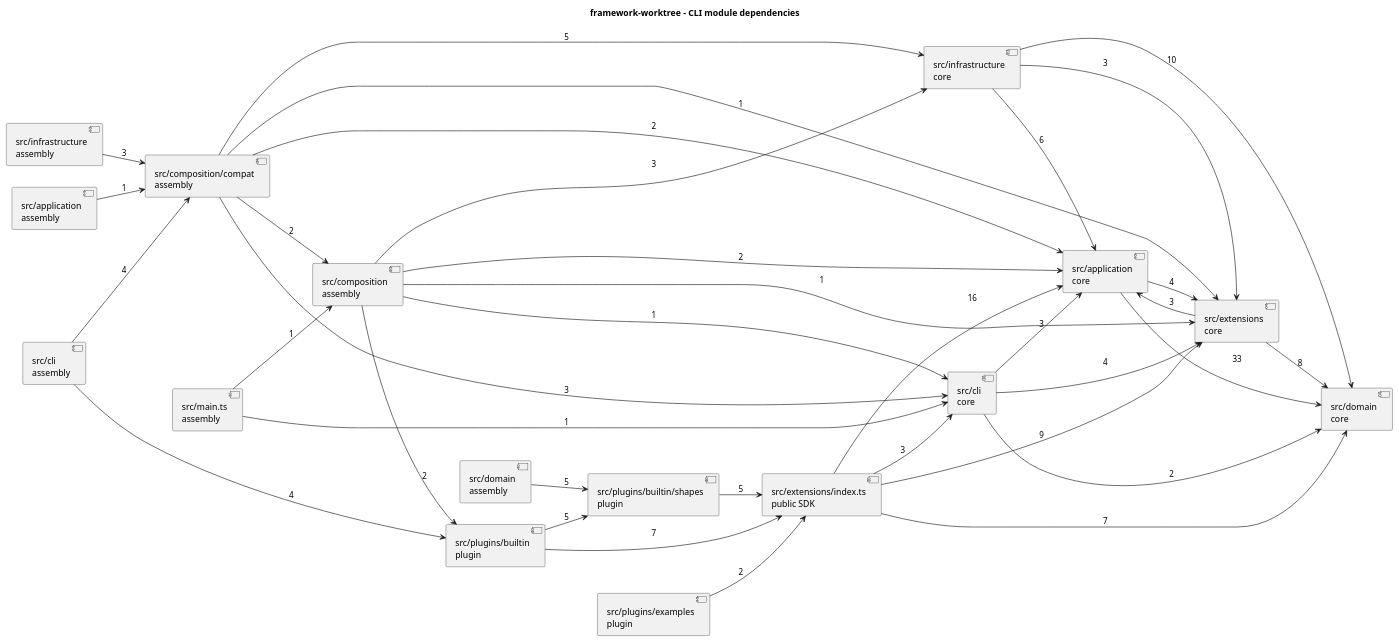
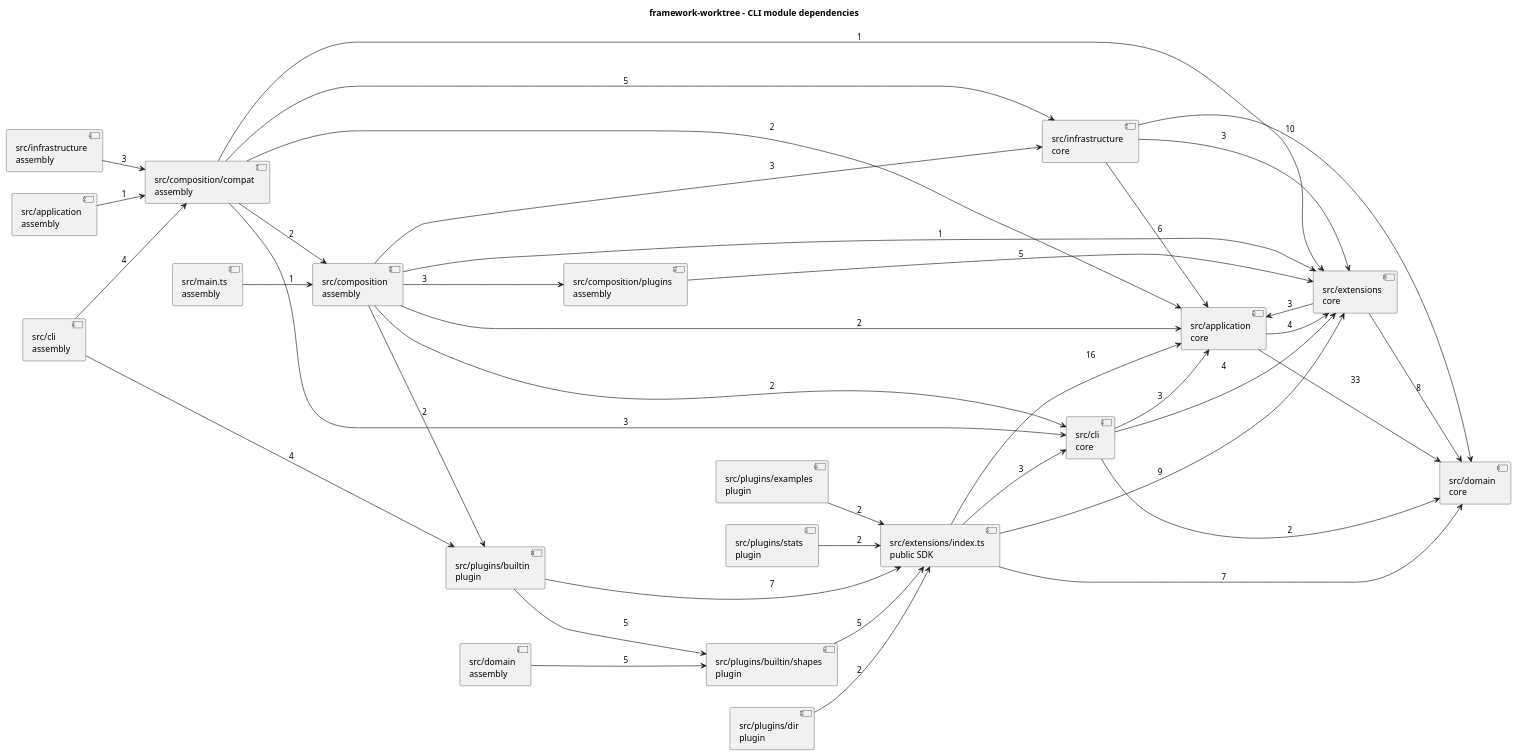
One commit to Fqmmm/SVG-APP changed the diagram in docs/metrics/framework/after.puml. Above: the diagram before and after it, drawn with PlantUML. The commit also changed 42 other files, not shown here.

Commit message:
feat: add stats and dir plugins with verified dual assembly

```diff
--- a/docs/metrics/framework/after.puml
+++ b/docs/metrics/framework/after.puml
@@ -1,55 +1,61 @@
 @startuml
 title framework-worktree - CLI module dependencies
 left to right direction
 component "src/application\ncore" as module0
 component "src/application\nassembly" as module1
 component "src/cli\ncore" as module2
 component "src/cli\nassembly" as module3
-component "src/composition/compat\nassembly" as module4
-component "src/composition\nassembly" as module5
-component "src/domain\ncore" as module6
-component "src/domain\nassembly" as module7
-component "src/extensions\ncore" as module8
-component "src/extensions/index.ts\npublic SDK" as module9
-component "src/infrastructure\nassembly" as module10
-component "src/infrastructure\ncore" as module11
-component "src/main.ts\nassembly" as module12
-component "src/plugins/builtin\nplugin" as module13
-component "src/plugins/builtin/shapes\nplugin" as module14
-component "src/plugins/examples\nplugin" as module15
-module0 --> module6 : 33
-module0 --> module8 : 4
-module1 --> module4 : 1
-module3 --> module4 : 4
-module3 --> module13 : 4
+component "src/composition\nassembly" as module4
+component "src/composition/compat\nassembly" as module5
+component "src/composition/plugins\nassembly" as module6
+component "src/domain\ncore" as module7
+component "src/domain\nassembly" as module8
+component "src/extensions\ncore" as module9
+component "src/extensions/index.ts\npublic SDK" as module10
+component "src/infrastructure\nassembly" as module11
+component "src/infrastructure\ncore" as module12
+component "src/main.ts\nassembly" as module13
+component "src/plugins/builtin\nplugin" as module14
+component "src/plugins/builtin/shapes\nplugin" as module15
+component "src/plugins/dir\nplugin" as module16
+component "src/plugins/examples\nplugin" as module17
+component "src/plugins/stats\nplugin" as module18
+module0 --> module7 : 33
+module0 --> module9 : 4
+module1 --> module5 : 1
+module3 --> module5 : 4
+module3 --> module14 : 4
 module2 --> module0 : 3
-module2 --> module8 : 4
-module2 --> module6 : 2
+module2 --> module9 : 4
+module2 --> module7 : 2
+module4 --> module6 : 3
+module5 --> module0 : 2
+module5 --> module4 : 2
+module5 --> module2 : 3
+module5 --> module12 : 5
+module5 --> module9 : 1
+module4 --> module9 : 1
+module4 --> module14 : 2
 module4 --> module0 : 2
-module4 --> module5 : 2
-module4 --> module2 : 3
-module4 --> module11 : 5
-module4 --> module8 : 1
-module5 --> module8 : 1
-module5 --> module13 : 2
-module5 --> module0 : 2
-module5 --> module2 : 1
-module5 --> module11 : 3
-module7 --> module14 : 5
-module8 --> module6 : 8
-module8 --> module0 : 3
-module9 --> module6 : 7
-module9 --> module0 : 16
-module9 --> module2 : 3
-module9 --> module8 : 9
-module10 --> module4 : 3
-module11 --> module0 : 6
-module11 --> module6 : 10
-module11 --> module8 : 3
-module12 --> module5 : 1
-module12 --> module2 : 1
-module13 --> module9 : 7
-module13 --> module14 : 5
-module14 --> module9 : 5
-module15 --> module9 : 2
+module4 --> module2 : 2
+module4 --> module12 : 3
+module6 --> module9 : 5
+module8 --> module15 : 5
+module9 --> module7 : 8
+module9 --> module0 : 3
+module10 --> module7 : 7
+module10 --> module0 : 16
+module10 --> module2 : 3
+module10 --> module9 : 9
+module11 --> module5 : 3
+module12 --> module0 : 6
+module12 --> module7 : 10
+module12 --> module9 : 3
+module13 --> module4 : 1
+module14 --> module10 : 7
+module14 --> module15 : 5
+module15 --> module10 : 5
+module16 --> module10 : 2
+module17 --> module10 : 2
+module18 --> module10 : 2
 @enduml
```
